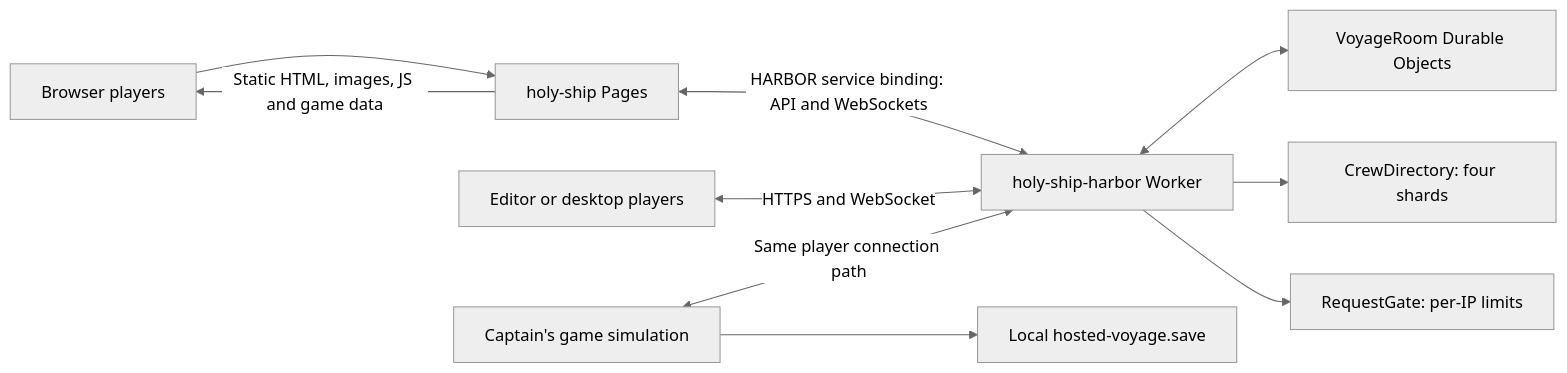
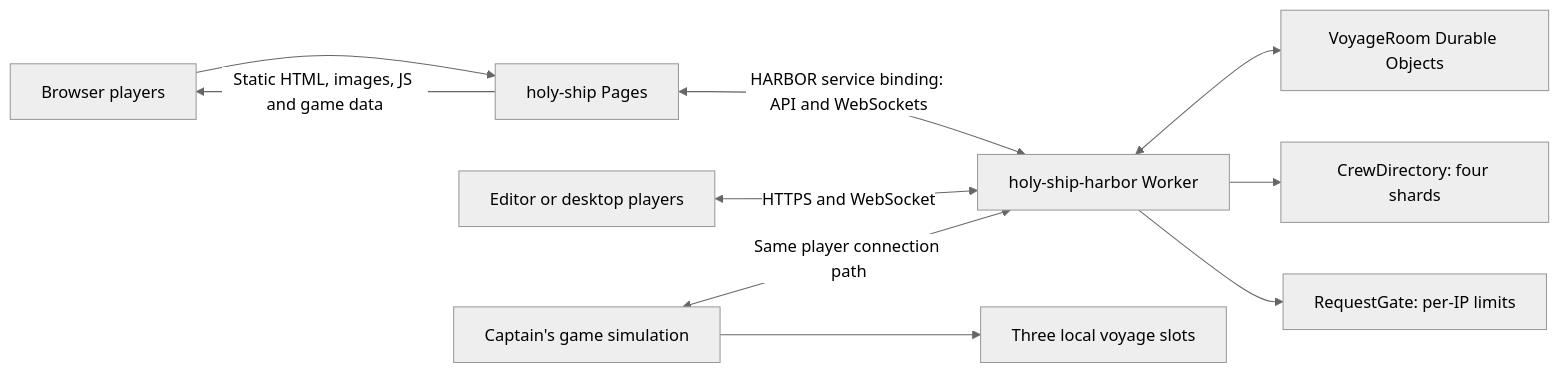
The diagram in docs/multiplayer-system.md (whitneyakred/gaming), drawn with Mermaid (neutral theme) before and after one commit. The commit also changed other lines of this file and 75 other files, not shown here.

````diff
--- a/docs/multiplayer-system.md
+++ b/docs/multiplayer-system.md
@@ -34,12 +34,12 @@
 ```mermaid
 flowchart LR
     Browser[Browser players] --> Pages[holy-ship Pages]
     Pages -->|Static HTML, images, JS and game data| Browser
     Pages <-->|HARBOR service binding: API and WebSockets| Relay[holy-ship-harbor Worker]
     Native[Editor or desktop players] <-->|HTTPS and WebSocket| Relay
     Relay <--> Rooms[VoyageRoom Durable Objects]
     Relay --> Directory[CrewDirectory: four shards]
     Relay --> Gates[RequestGate: per-IP limits]
     Captain[Captain's game simulation] <-->|Same player connection path| Relay
-    Captain --> Local[Local hosted-voyage.save]
+    Captain --> Local[Three local voyage slots]
 ```
````
